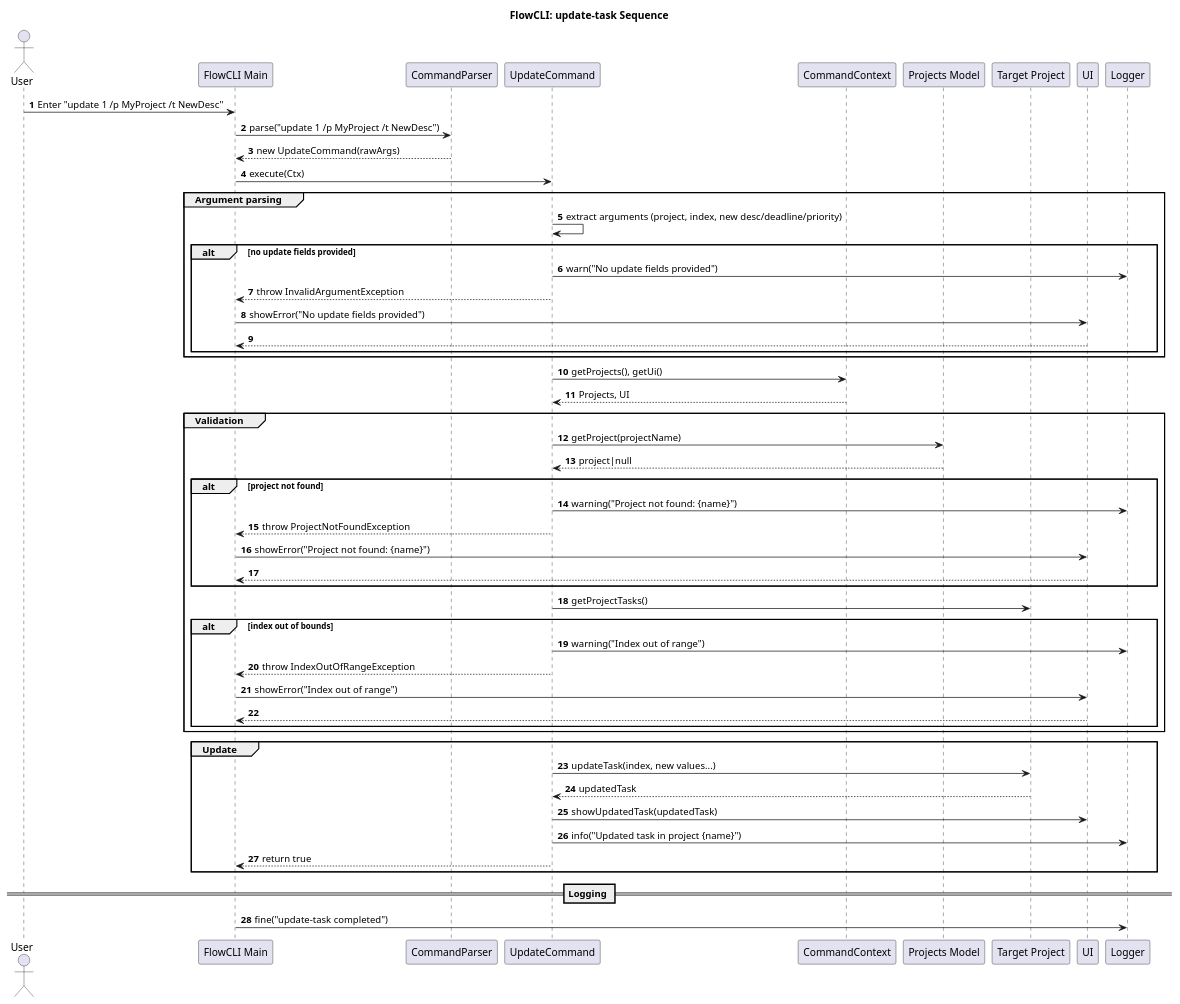
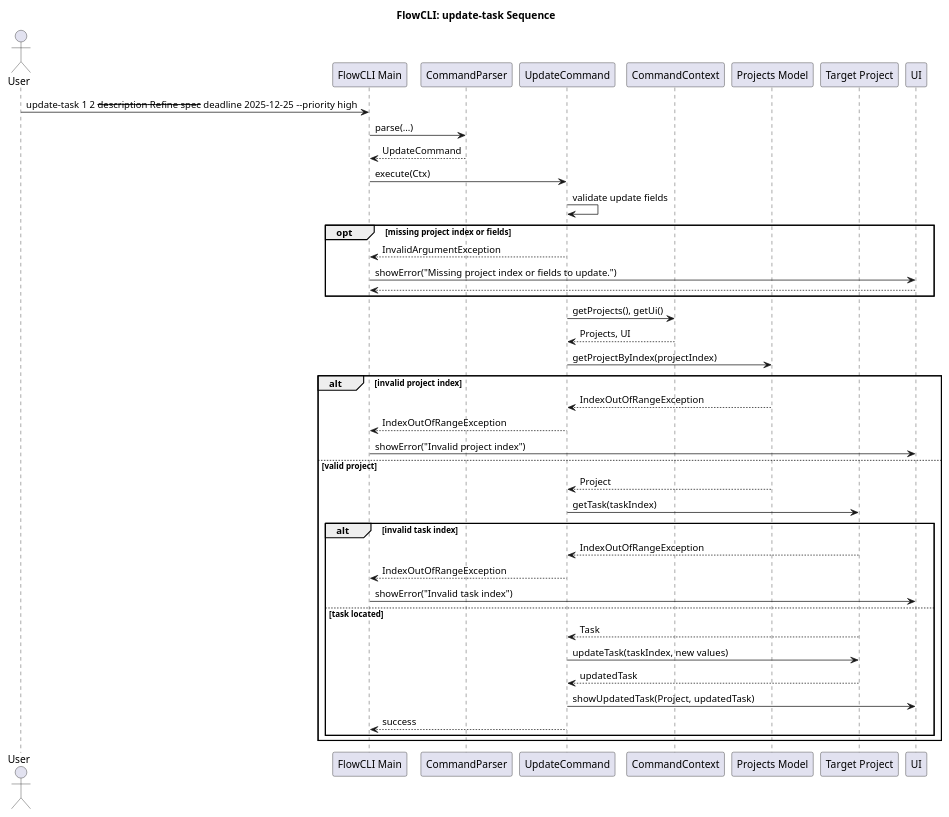
The diagram in docs/plantUML/task-management/update-task-sequence-diagram.puml (sean6369/tp), drawn with PlantUML before and after one commit. The commit also changed 9 other files, not shown here.

Commit message:
update task mgmt plantUML diagrams

```diff
--- a/docs/plantUML/task-management/update-task-sequence-diagram.puml
+++ b/docs/plantUML/task-management/update-task-sequence-diagram.puml
@@ -1,63 +1,53 @@
 @startuml UpdateTaskSequenceDiagram
 title FlowCLI: update-task Sequence
-autonumber
 
 actor User
 participant "FlowCLI Main" as CLI
 participant "CommandParser" as Parser
 participant "UpdateCommand" as UpdateCmd
 participant "CommandContext" as Ctx
 participant "Projects Model" as Projects
 participant "Target Project" as Project
 participant "UI" as UI
-participant "Logger" as Log
 
-User -> CLI: Enter "update 1 /p MyProject /t NewDesc"
-CLI -> Parser: parse("update 1 /p MyProject /t NewDesc")
-Parser --> CLI: new UpdateCommand(rawArgs)
+User -> CLI: update-task 1 2 --description Refine spec --deadline 2025-12-25 --priority high
+CLI -> Parser: parse(...)
+Parser --> CLI: UpdateCommand
 
 CLI -> UpdateCmd: execute(Ctx)
 
-group Argument parsing
-  UpdateCmd -> UpdateCmd: extract arguments (project, index, new desc/deadline/priority)
-  alt no update fields provided
-    UpdateCmd -> Log: warn("No update fields provided")
-    UpdateCmd --> CLI: throw InvalidArgumentException
-    CLI -> UI: showError("No update fields provided")
+UpdateCmd -> UpdateCmd: validate update fields
+
+opt missing project index or fields
+    UpdateCmd --> CLI: InvalidArgumentException
+    CLI -> UI: showError("Missing project index or fields to update.")
     return
-  end
 end
 
 UpdateCmd -> Ctx: getProjects(), getUi()
 Ctx --> UpdateCmd: Projects, UI
 
-group Validation
-  UpdateCmd -> Projects: getProject(projectName)
-  Projects --> UpdateCmd: project|null
-  alt project not found
-    UpdateCmd -> Log: warning("Project not found: {name}")
-    UpdateCmd --> CLI: throw ProjectNotFoundException
-    CLI -> UI: showError("Project not found: {name}")
-    return
-  end
-  UpdateCmd -> Project: getProjectTasks()
-  alt index out of bounds
-    UpdateCmd -> Log: warning("Index out of range")
-    UpdateCmd --> CLI: throw IndexOutOfRangeException
-    CLI -> UI: showError("Index out of range")
-    return
-  end
+UpdateCmd -> Projects: getProjectByIndex(projectIndex)
+
+alt invalid project index
+    Projects --> UpdateCmd: IndexOutOfRangeException
+    UpdateCmd --> CLI: IndexOutOfRangeException
+    CLI -> UI: showError("Invalid project index")
+else valid project
+    Projects --> UpdateCmd: Project
+    UpdateCmd -> Project: getTask(taskIndex)
+
+    alt invalid task index
+        Project --> UpdateCmd: IndexOutOfRangeException
+        UpdateCmd --> CLI: IndexOutOfRangeException
+        CLI -> UI: showError("Invalid task index")
+    else task located
+        Project --> UpdateCmd: Task
+        UpdateCmd -> Project: updateTask(taskIndex, new values)
+        Project --> UpdateCmd: updatedTask
+        UpdateCmd -> UI: showUpdatedTask(Project, updatedTask)
+        UpdateCmd --> CLI: success
+    end
 end
 
-group Update
-  UpdateCmd -> Project: updateTask(index, new values...)
-  Project --> UpdateCmd: updatedTask
-  UpdateCmd -> UI: showUpdatedTask(updatedTask)
-  UpdateCmd -> Log: info("Updated task in project {name}")
-  UpdateCmd --> CLI: return true
-end
-
-== Logging ==
-CLI -> Log: fine("update-task completed")
-
 @enduml
```
